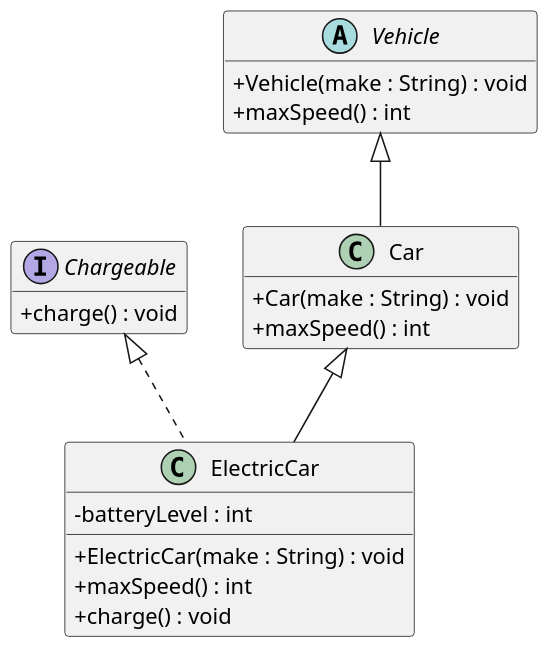
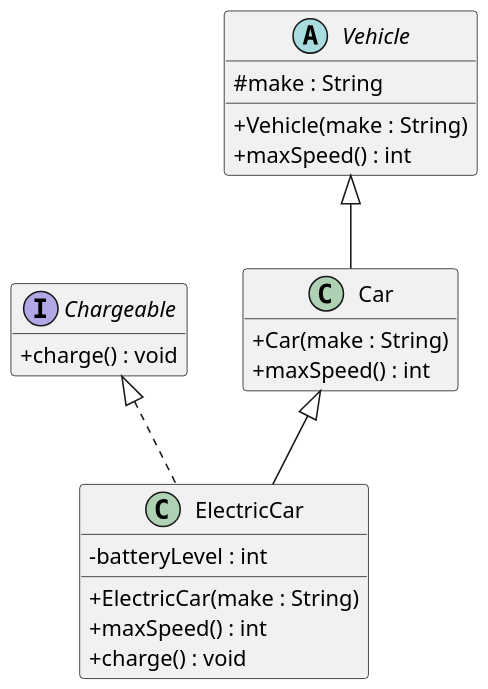
One commit to KL1105/207-course-notes changed the diagram in plantuml/exercises/vehicles-uml-starter.puml. Above: the diagram before and after it, drawn with PlantUML.

Commit message:
fix the car UML following required soln

```diff
--- a/plantuml/exercises/vehicles-uml-starter.puml
+++ b/plantuml/exercises/vehicles-uml-starter.puml
@@ -1,53 +1,54 @@
 @startuml
 skinparam dpi 150
 skinparam classAttributeIconSize 0
 hide empty members
 
 ' Your task (Chapter 3, Question 2): draw the UML class diagram for the
 ' Vehicle / Car / ElectricCar / Chargeable code.
 '
 ' Define each type as a box, then connect them with the right arrows. One box
 ' (Chargeable) is filled in as an example — complete the other three and add the
 ' relationships.
 '
 ' PlantUML cheat-sheet:
 '   interface Name { + method() : Type }
 '   abstract class Name { # field : Type }
 '   class Name { - field : Type }
 '   Parent    <|-- Child    ' generalization: Child extends Parent
 '   Interface <|.. Class    ' realization:    Class implements Interface
 ' (Putting the parent/interface on the LEFT of the arrow keeps it on top.)
 
 interface Chargeable {
   + charge() : void
 }
 
 ' TODO: add "abstract class Vehicle", "class Car", and "class ElectricCar"
 '       (with their fields and methods), then add the arrows between all four
 '       types.
 
 abstract class Vehicle {
-  + Vehicle(make : String) : void
+  # make : String
+  + Vehicle(make : String)
   + maxSpeed() : int
 }
 
 ' Extends class Vehicle but does not realize Chargeable
 class Car {
-  + Car(make : String) : void
+  + Car(make : String)
   + maxSpeed() : int
 }
 
 ' Extends class Vehicle and also realizes interface Chargeable
 class ElectricCar {
  - batteryLevel : int
- + ElectricCar(make : String) : void
+ + ElectricCar(make : String)
  + maxSpeed() : int
  + charge() : void
 }
 
 Vehicle <|-- Car
 Car <|-- ElectricCar
 
 Chargeable <|.. ElectricCar
 
 @enduml
```
